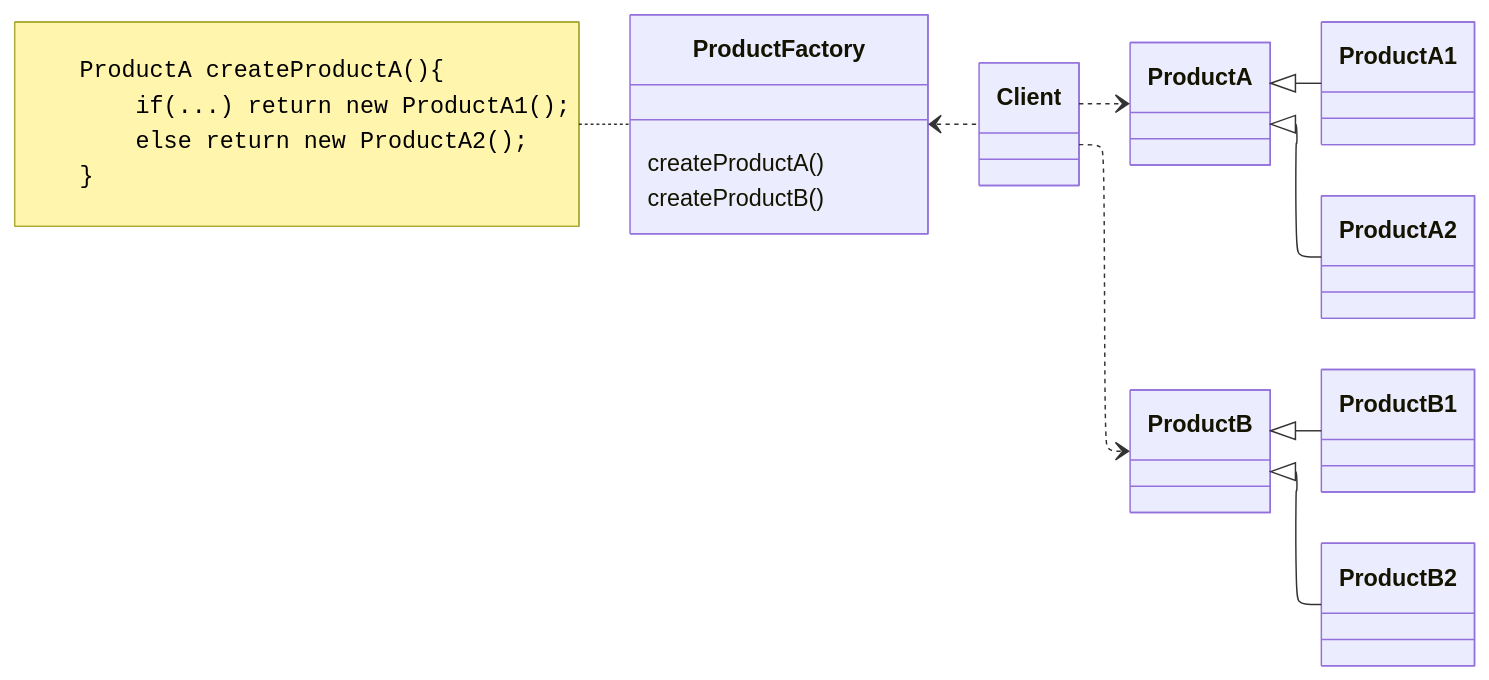
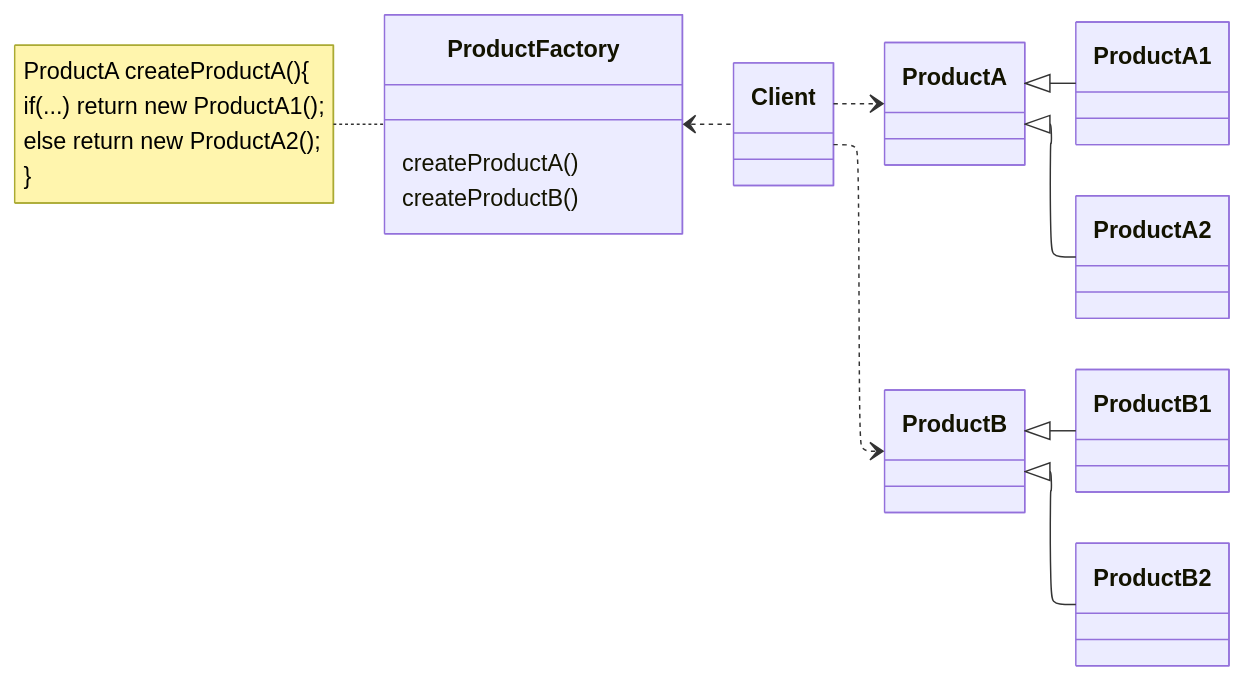
One commit to Firi0n/appunti-unipi changed the sixth of 17 diagrams in src/content/docs/software_engineering/Progettazione/design-patterns.md. Above: the diagram before and after it, drawn with Mermaid. The commit also changed other lines of this file and 8 other files, not shown here.

````diff
--- a/src/content/docs/software_engineering/Progettazione/design-patterns.md
+++ b/src/content/docs/software_engineering/Progettazione/design-patterns.md
@@ -179,27 +196,27 @@
 ```mermaid
 ---
 config:
     layout: elk
     elk: {
         considerModelOrder: "PREFER_NODES",
         forceNodeModelOrder: true
     }
 ---
 classDiagram
 direction LR
     class ProductFactory{
         createProductA()
         createProductB()
     }
     ProductFactory <.. Client
     Client ..> ProductA
     ProductA <|-- ProductA1
     ProductA <|-- ProductA2
     Client ..> ProductB
     ProductB <|-- ProductB1
     ProductB <|-- ProductB2
-    note for ProductFactory "<pre><code>    ProductA createProductA(){
+    note for ProductFactory "ProductA createProductA(){
         if(...) return new ProductA1();
         else return new ProductA2();
-    }</code></pre>"
+    }"
 ```
````
